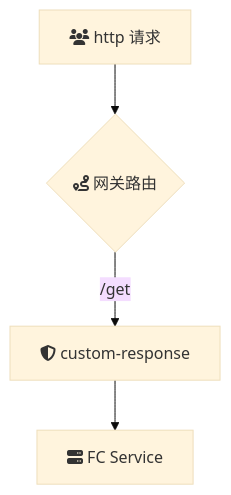
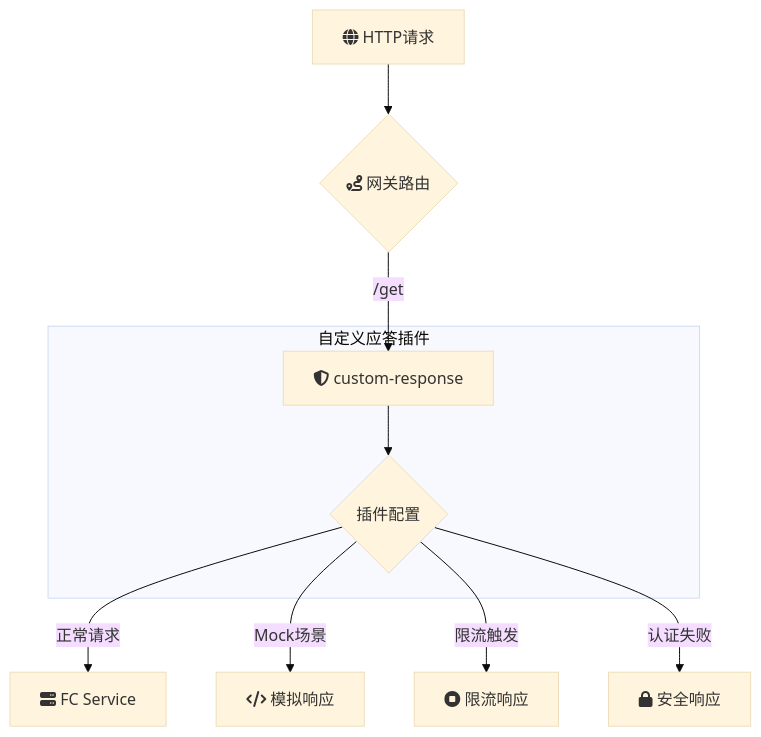
The diagram in custom-response-plugin/README.md (msa-group/start-apig), drawn with Mermaid (base theme) before and after one commit. The commit also changed 8 other files, not shown here.

````diff
--- a/custom-response-plugin/README.md
+++ b/custom-response-plugin/README.md
@@ -34,6 +34,14 @@
 ```mermaid
 flowchart TB
-A[fa:fa-users http 请求] --> B{fa:fa-route 网关路由}
-	B -->|/get| P1[fa:fa-shield-alt custom-response]
-	P1 --> Backend[fa:fa-server FC Service]
+A[fa:fa-globe HTTP请求] --> B{fa:fa-route 网关路由}
+B -->|/get| C[fa:fa-shield-alt custom-response]
+
+subgraph 自定义应答插件
+C --> C1{插件配置}
+end
+
+C1 -->|正常请求| D[fa:fa-server FC Service]
+C1 -->|Mock场景| E[fa:fa-code 模拟响应]
+C1 -->|限流触发| F[fa:fa-stop-circle 限流响应]
+C1 -->|认证失败| G[fa:fa-lock 安全响应]
 ```
````
